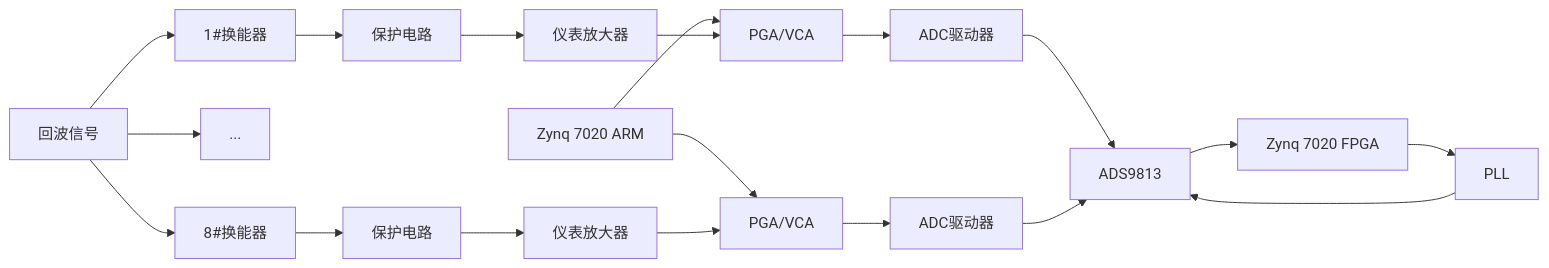
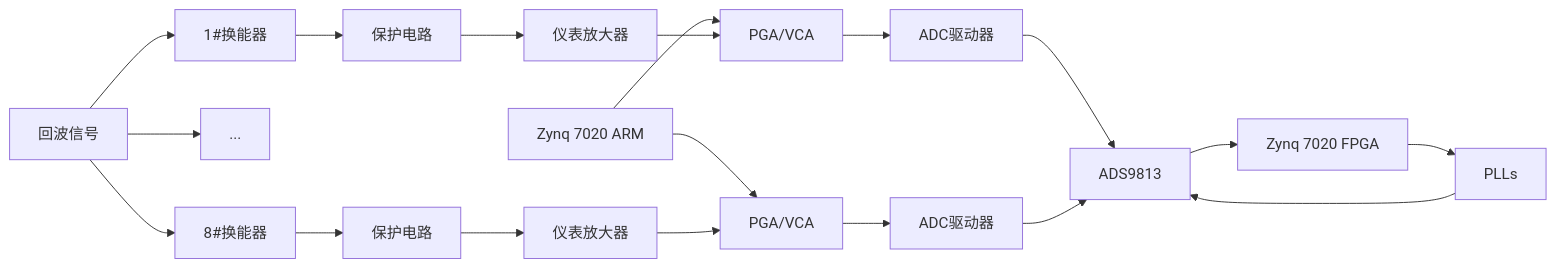
The diagram in all/同步采集.md (Rukawa15/iodraw-files), drawn with Mermaid before and after one commit.

Commit message:
2025-06-26 15:07:15 update

````diff
--- a/all/同步采集.md
+++ b/all/同步采集.md
@@ -1,27 +1,27 @@
 ```mermaid
 graph LR
 A[回波信号]
 A --> B1[1#换能器]
 A --> ...
 A --> B8[8#换能器]
 
 B1 --> C1[保护电路]
 B8 --> C8[保护电路]
 
 C1 --> D1[仪表放大器]
 C8 --> D8[仪表放大器]
 
 I[Zynq 7020 ARM] --> E1
 I[Zynq 7020 ARM] --> E8
 
 D1 --> E1[PGA/VCA]
 D8 --> E8[PGA/VCA]
 
 E1 --> F1[ADC驱动器]
 E8 --> F8[ADC驱动器]
 
 F1 --> G[ADS9813]
 F8 --> G[ADS9813]
 
-G --> H[Zynq 7020 FPGA] --> J[PLL] --> G
+G --> H[Zynq 7020 FPGA] --> J[PLLs] --> G
 ```
````
